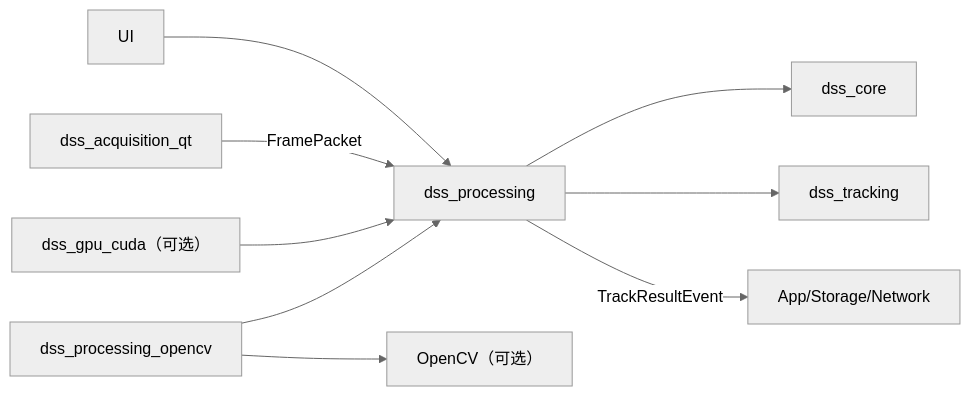
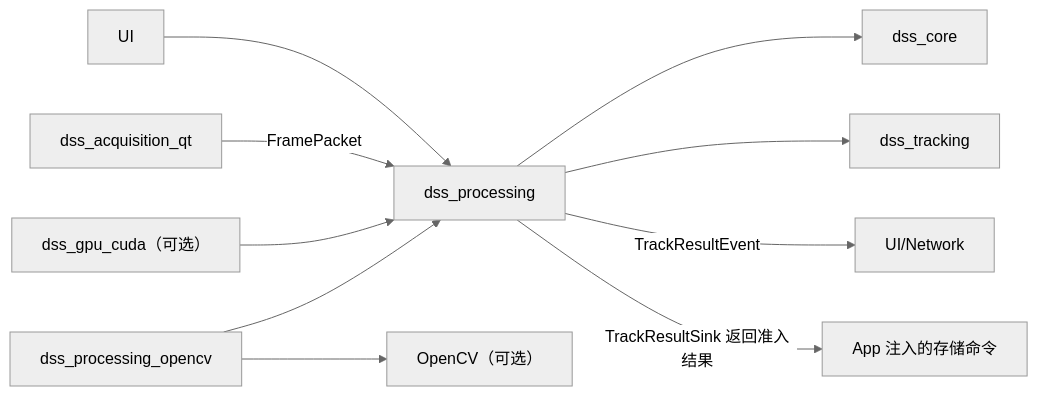
One commit to with-fair-wind/1mZGG changed the first of 5 diagrams in docs/module-processing.md. Above: the diagram before and after it, drawn with Mermaid (neutral theme). The commit also changed other lines of this file and 27 other files, not shown here.

````diff
--- a/docs/module-processing.md
+++ b/docs/module-processing.md
@@ -179,11 +181,12 @@
 ```mermaid
 flowchart LR
     PROC["dss_processing"] --> CORE["dss_core"]
     PROC --> TRACK["dss_tracking"]
     OCVT["dss_processing_opencv"] --> OCV["OpenCV（可选）"]
     OCVT --> PROC
     CUDA["dss_gpu_cuda（可选）"] --> PROC
     ACQ["dss_acquisition_qt"] -->|"FramePacket"| PROC
     UI["UI"] --> PROC
-    PROC -->|"TrackResultEvent"| APP["App/Storage/Network"]
+    PROC -->|"TrackResultEvent"| APP["UI/Network"]
+    PROC -->|"TrackResultSink 返回准入结果"| STORE["App 注入的存储命令"]
 ```
````
